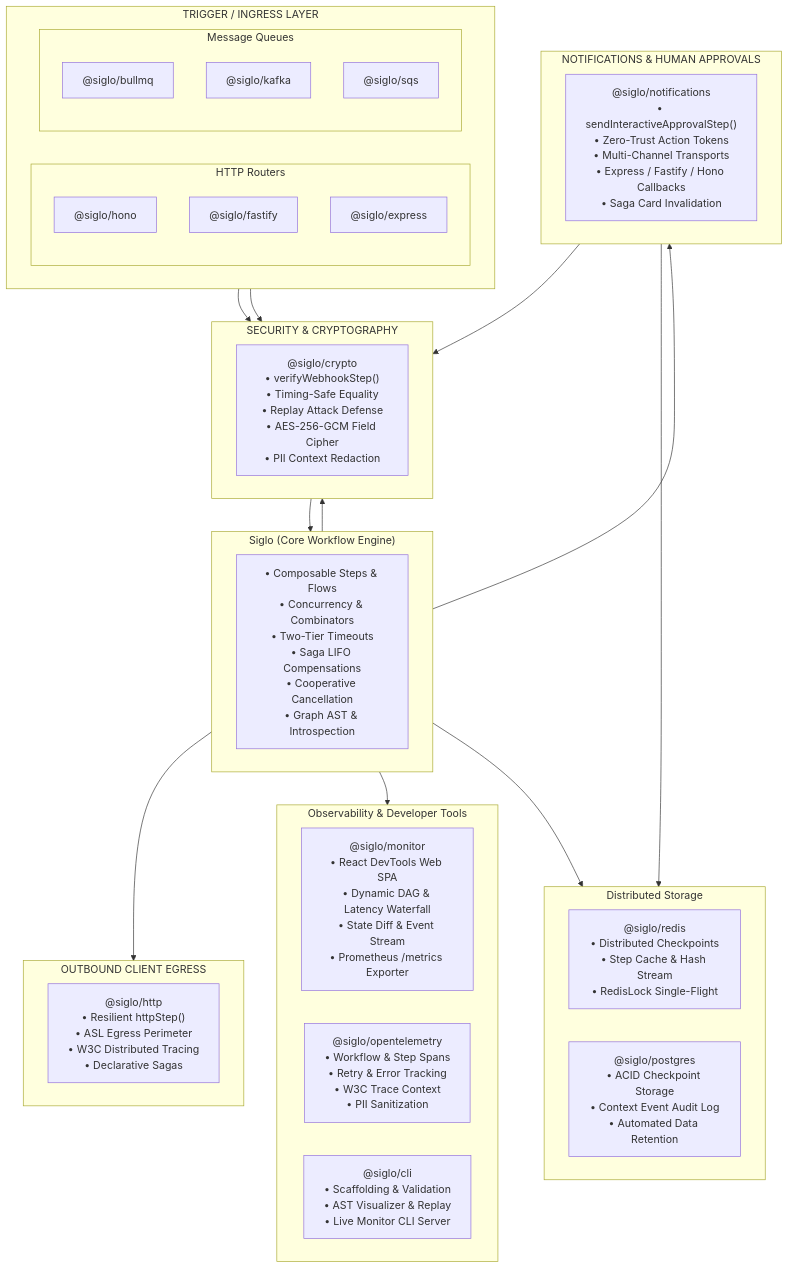
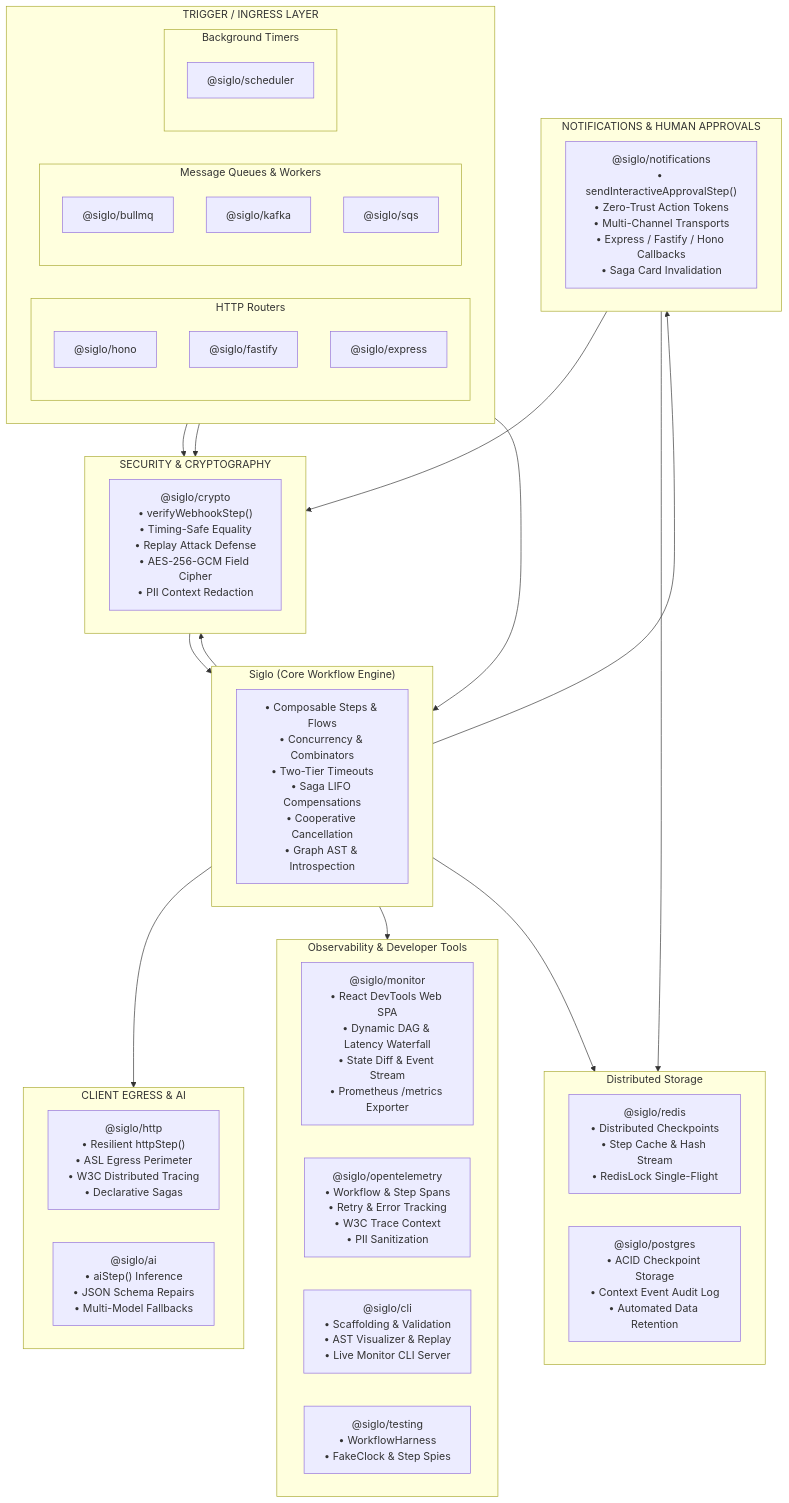
Before and after one commit to jsoftgem/siglo: the diagram in docs/ecosystem-adapters.md, drawn with Mermaid. The commit also changed other lines of this file and 78 other files, not shown here.

````diff
--- a/docs/ecosystem-adapters.md
+++ b/docs/ecosystem-adapters.md
@@ -36,54 +42,60 @@
 ```mermaid
 flowchart TD
     subgraph INGRESS["TRIGGER / INGRESS LAYER"]
         direction LR
         subgraph HTTP["HTTP Routers"]
             Hono["@siglo/hono"]
             Fastify["@siglo/fastify"]
             Express["@siglo/express"]
         end
-        subgraph QUEUES["Message Queues"]
+        subgraph QUEUES["Message Queues & Workers"]
             BullMQ["@siglo/bullmq"]
             Kafka["@siglo/kafka"]
             SQS["@siglo/sqs"]
+        end
+        subgraph SCHEDULER["Background Timers"]
+            Sched["@siglo/scheduler"]
         end
     end
 
     subgraph SECURITY["SECURITY & CRYPTOGRAPHY"]
         Crypto["@siglo/crypto<br/>• verifyWebhookStep()<br/>• Timing-Safe Equality<br/>• Replay Attack Defense<br/>• AES-256-GCM Field Cipher<br/>• PII Context Redaction"]
     end
 
     subgraph ENGINE["Siglo (Core Workflow Engine)"]
         Core["• Composable Steps & Flows<br/>• Concurrency & Combinators<br/>• Two-Tier Timeouts<br/>• Saga LIFO Compensations<br/>• Cooperative Cancellation<br/>• Graph AST & Introspection"]
     end
 
     subgraph NOTIFICATIONS["NOTIFICATIONS & HUMAN APPROVALS"]
         Notify["@siglo/notifications<br/>• sendInteractiveApprovalStep()<br/>• Zero-Trust Action Tokens<br/>• Multi-Channel Transports<br/>• Express / Fastify / Hono Callbacks<br/>• Saga Card Invalidation"]
     end
 
-    subgraph EGRESS["OUTBOUND CLIENT EGRESS"]
+    subgraph EGRESS["CLIENT EGRESS & AI"]
         HttpClient["@siglo/http<br/>• Resilient httpStep()<br/>• ASL Egress Perimeter<br/>• W3C Distributed Tracing<br/>• Declarative Sagas"]
+        AiStep["@siglo/ai<br/>• aiStep() Inference<br/>• JSON Schema Repairs<br/>• Multi-Model Fallbacks"]
     end
 
     subgraph OBS["Observability & Developer Tools"]
         Monitor["@siglo/monitor<br/>• React DevTools Web SPA<br/>• Dynamic DAG & Latency Waterfall<br/>• State Diff & Event Stream<br/>• Prometheus /metrics Exporter"]
         OTel["@siglo/opentelemetry<br/>• Workflow & Step Spans<br/>• Retry & Error Tracking<br/>• W3C Trace Context<br/>• PII Sanitization"]
         CLI["@siglo/cli<br/>• Scaffolding & Validation<br/>• AST Visualizer & Replay<br/>• Live Monitor CLI Server"]
+        Testing["@siglo/testing<br/>• WorkflowHarness<br/>• FakeClock & Step Spies"]
     end
 
     subgraph STORAGE["Distributed Storage"]
         Redis["@siglo/redis<br/>• Distributed Checkpoints<br/>• Step Cache & Hash Stream<br/>• RedisLock Single-Flight"]
         Postgres["@siglo/postgres<br/>• ACID Checkpoint Storage<br/>• Context Event Audit Log<br/>• Automated Data Retention"]
     end
 
     HTTP --> SECURITY
     QUEUES --> SECURITY
+    SCHEDULER --> ENGINE
     SECURITY --> ENGINE
     ENGINE --> SECURITY
     ENGINE --> NOTIFICATIONS
     NOTIFICATIONS --> SECURITY
     NOTIFICATIONS --> STORAGE
     ENGINE --> EGRESS
     ENGINE --> OBS
     ENGINE --> STORAGE
 ```
````
